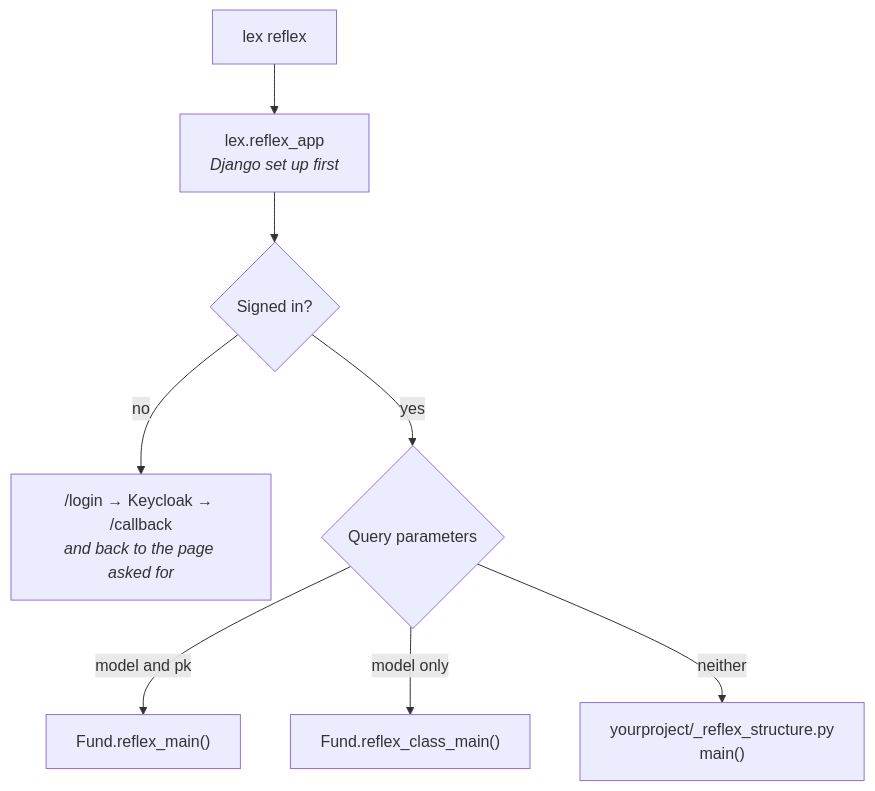
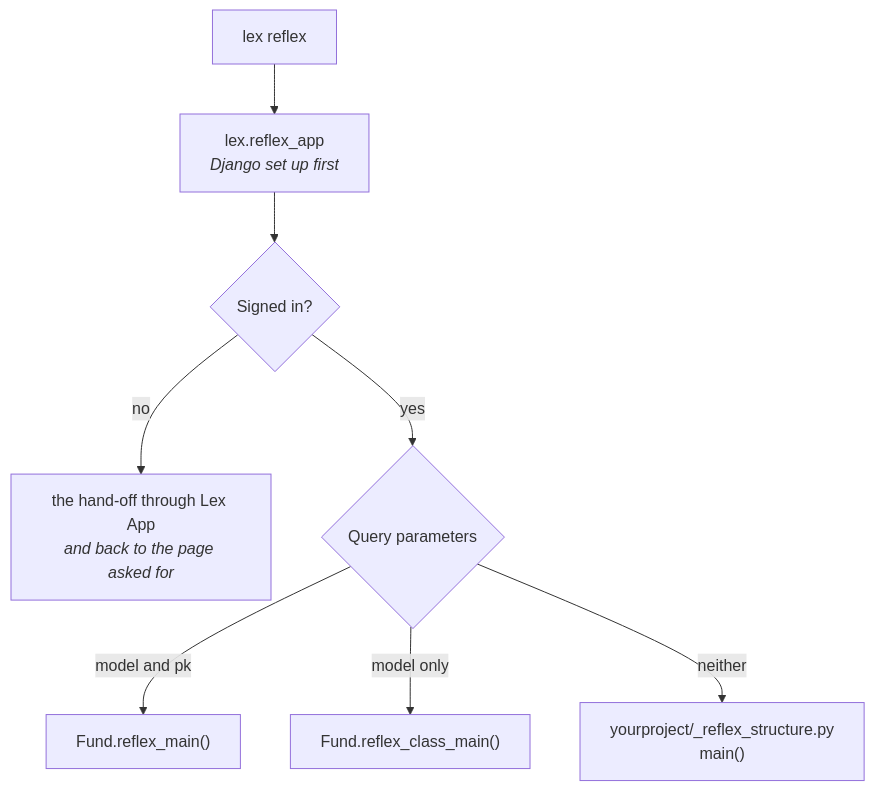
One commit to ExcellenceCloudGmbH/lex-app-docs changed the second of 2 diagrams in content/access-and-dashboards/reflex/index.md. Above: the diagram before and after it, drawn with Mermaid. The commit also changed other lines of this file and 13 other files, not shown here.

First line of the commit message:
docs(reflex): dashboards sign in through lex-app, no Reflex Enterprise

````diff
--- a/content/access-and-dashboards/reflex/index.md
+++ b/content/access-and-dashboards/reflex/index.md
@@ -105,10 +105,10 @@
 ```mermaid
 flowchart TB
     A["lex reflex"] --> B["lex.reflex_app<br/><i>Django set up first</i>"]
     B --> C{"Signed in?"}
-    C -- "no" --> D["/login → Keycloak → /callback<br/><i>and back to the page asked for</i>"]
+    C -- "no" --> D["the hand-off through Lex App<br/><i>and back to the page asked for</i>"]
     C -- "yes" --> E{"Query parameters"}
     E -- "model and pk" --> F["Fund.reflex_main()"]
     E -- "model only" --> G["Fund.reflex_class_main()"]
     E -- "neither" --> H["yourproject/_reflex_structure.py<br/>main()"]
 ```
````
